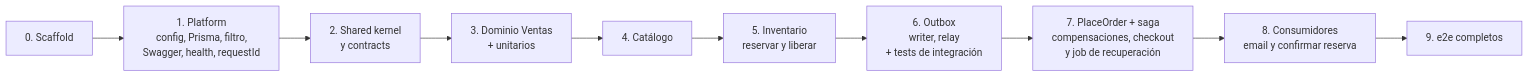
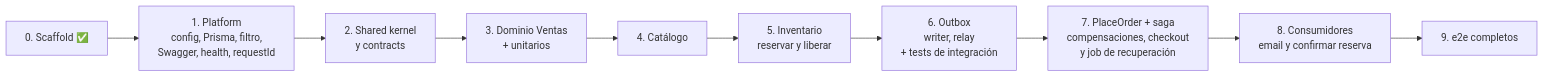
Before and after one commit to vorellana99/books-now-marketplace: diagram 14 of 15 in docs/libroya-backend-guia.md, drawn with Mermaid. The commit also changed other lines of this file, not shown here.

````diff
--- a/docs/libroya-backend-guia.md
+++ b/docs/libroya-backend-guia.md
@@ -2025,12 +2058,12 @@
 ```mermaid
 flowchart LR
-    F0["0. Scaffold"] --> F1["1. Platform<br/>config, Prisma, filtro,<br/>Swagger, health, requestId"]
+    F0["0. Scaffold ✅"] --> F1["1. Platform<br/>config, Prisma, filtro,<br/>Swagger, health, requestId"]
     F1 --> F2["2. Shared kernel<br/>y contracts"]
     F2 --> F3["3. Dominio Ventas<br/>+ unitarios"]
     F3 --> F4["4. Catálogo"]
     F4 --> F5["5. Inventario<br/>reservar y liberar"]
     F5 --> F6["6. Outbox<br/>writer, relay<br/>+ tests de integración"]
     F6 --> F7["7. PlaceOrder + saga<br/>compensaciones, checkout<br/>y job de recuperación"]
     F7 --> F8["8. Consumidores<br/>email y confirmar reserva"]
     F8 --> F9["9. e2e completos"]
 ```
````
